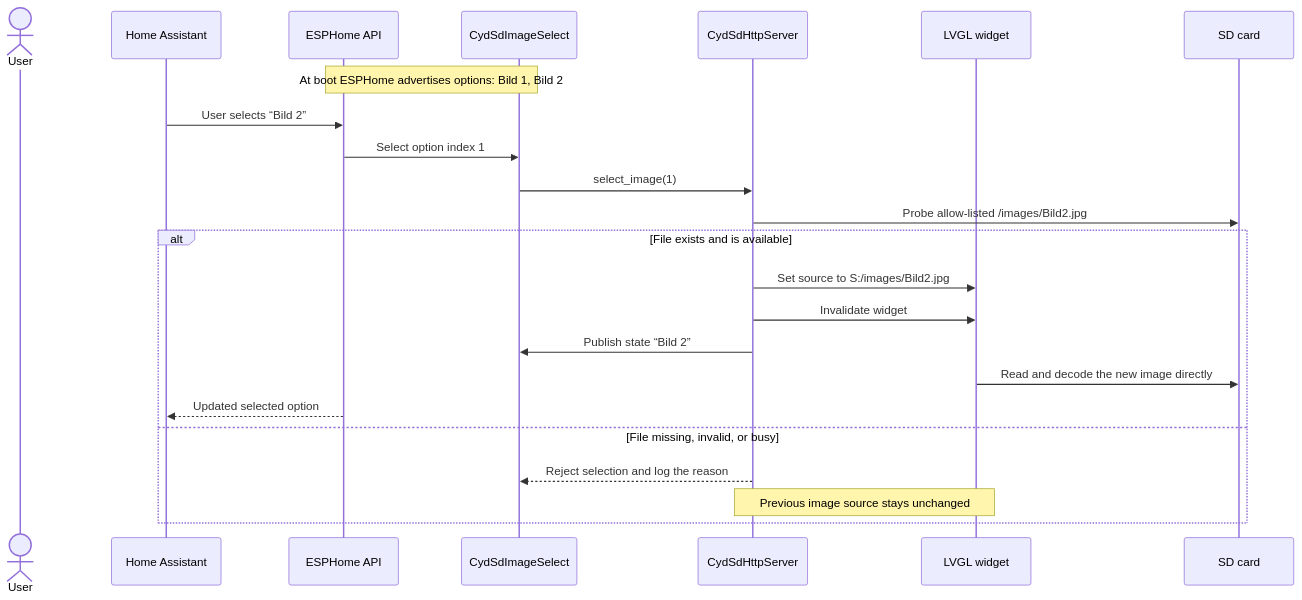
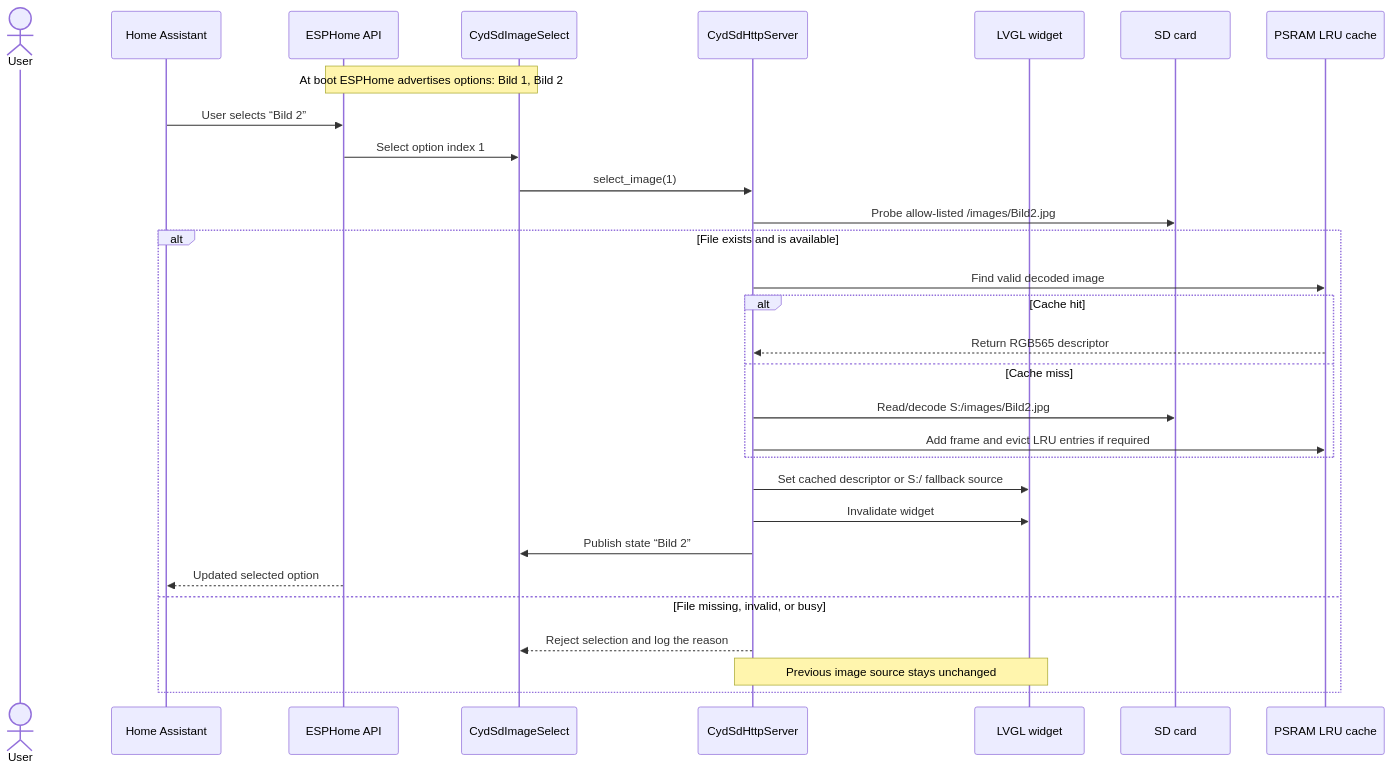
One commit to herrdivad/ESPHomeSDCardServer changed the fourth of 5 diagrams in docs/DIRECT_SD_IMAGE_WORKFLOW.md. Above: the diagram before and after it, drawn with Mermaid. The commit also changed other lines of this file and 9 other files, not shown here.

Commit message:
using cache and PSRAM to reduce image loading time significant

````diff
--- a/docs/DIRECT_SD_IMAGE_WORKFLOW.md
+++ b/docs/DIRECT_SD_IMAGE_WORKFLOW.md
@@ -148,26 +166,33 @@
 ```mermaid
 sequenceDiagram
     actor User
     participant HA as Home Assistant
     participant API as ESPHome API
     participant Select as CydSdImageSelect
     participant Server as CydSdHttpServer
     participant LVGL as LVGL widget
     participant Card as SD card
+    participant Cache as PSRAM LRU cache
 
     Note over API,Select: At boot ESPHome advertises options: Bild 1, Bild 2
     HA->>API: User selects “Bild 2”
     API->>Select: Select option index 1
     Select->>Server: select_image(1)
     Server->>Card: Probe allow-listed /images/Bild2.jpg
     alt File exists and is available
-        Server->>LVGL: Set source to S:/images/Bild2.jpg
+        Server->>Cache: Find valid decoded image
+        alt Cache hit
+            Cache-->>Server: Return RGB565 descriptor
+        else Cache miss
+            Server->>Card: Read/decode S:/images/Bild2.jpg
+            Server->>Cache: Add frame and evict LRU entries if required
+        end
+        Server->>LVGL: Set cached descriptor or S:/ fallback source
         Server->>LVGL: Invalidate widget
         Server->>Select: Publish state “Bild 2”
-        LVGL->>Card: Read and decode the new image directly
         API-->>HA: Updated selected option
     else File missing, invalid, or busy
         Server-->>Select: Reject selection and log the reason
         Note over Server,LVGL: Previous image source stays unchanged
     end
 ```
````
